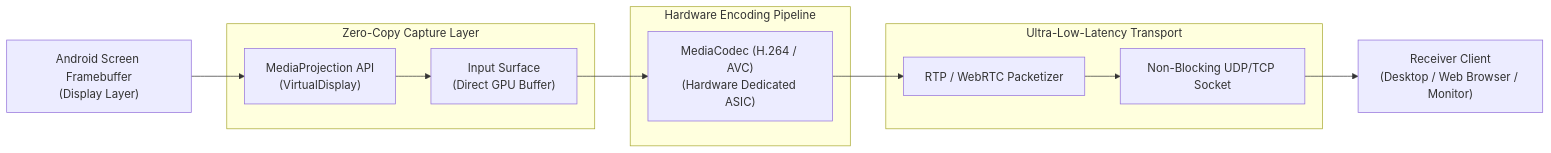
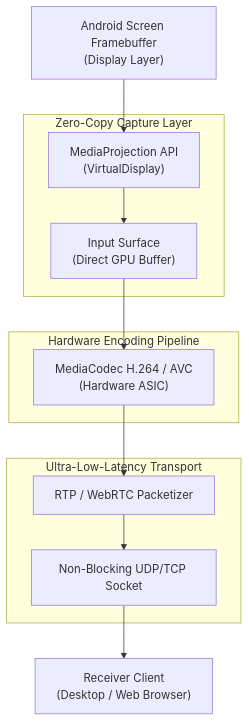
One commit to welzim19-star/zero-ping-mirror changed the diagram in README.md. Above: the diagram before and after it, drawn with Mermaid. The commit also changed 2 other files, not shown here.

Commit message:
fix(diagram): convert flowchart LR to TD and format node labels with br to eliminate text clipping

````diff
--- a/README.md
+++ b/README.md
@@ -26,27 +26,27 @@
 ```mermaid
-flowchart LR
+flowchart TD
     Screen["Android Screen Framebuffer<br/>(Display Layer)"]
     
     subgraph CAPTURE["Zero-Copy Capture Layer"]
         MP["MediaProjection API<br/>(VirtualDisplay)"]
         Surface["Input Surface<br/>(Direct GPU Buffer)"]
         MP --> Surface
     end
     
     subgraph ENCODER["Hardware Encoding Pipeline"]
-        Codec["MediaCodec (H.264 / AVC)<br/>(Hardware Dedicated ASIC)"]
+        Codec["MediaCodec H.264 / AVC<br/>(Hardware ASIC)"]
         Surface --> Codec
     end
     
     subgraph TRANSPORT["Ultra-Low-Latency Transport"]
         Mux["RTP / WebRTC Packetizer"]
         Socket["Non-Blocking UDP/TCP Socket"]
         Codec --> Mux
         Mux --> Socket
     end
     
-    Client["Receiver Client<br/>(Desktop / Web Browser / Monitor)"]
+    Client["Receiver Client<br/>(Desktop / Web Browser)"]
 
     Screen --> MP
     Socket --> Client
 ```
````
